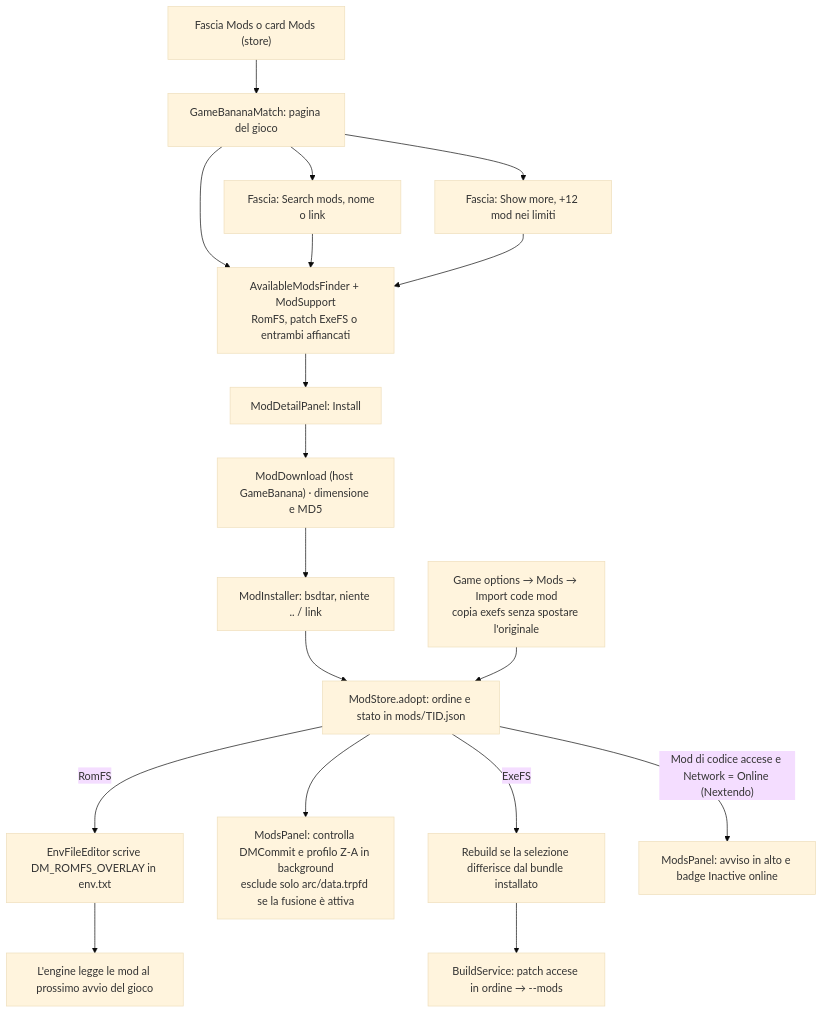
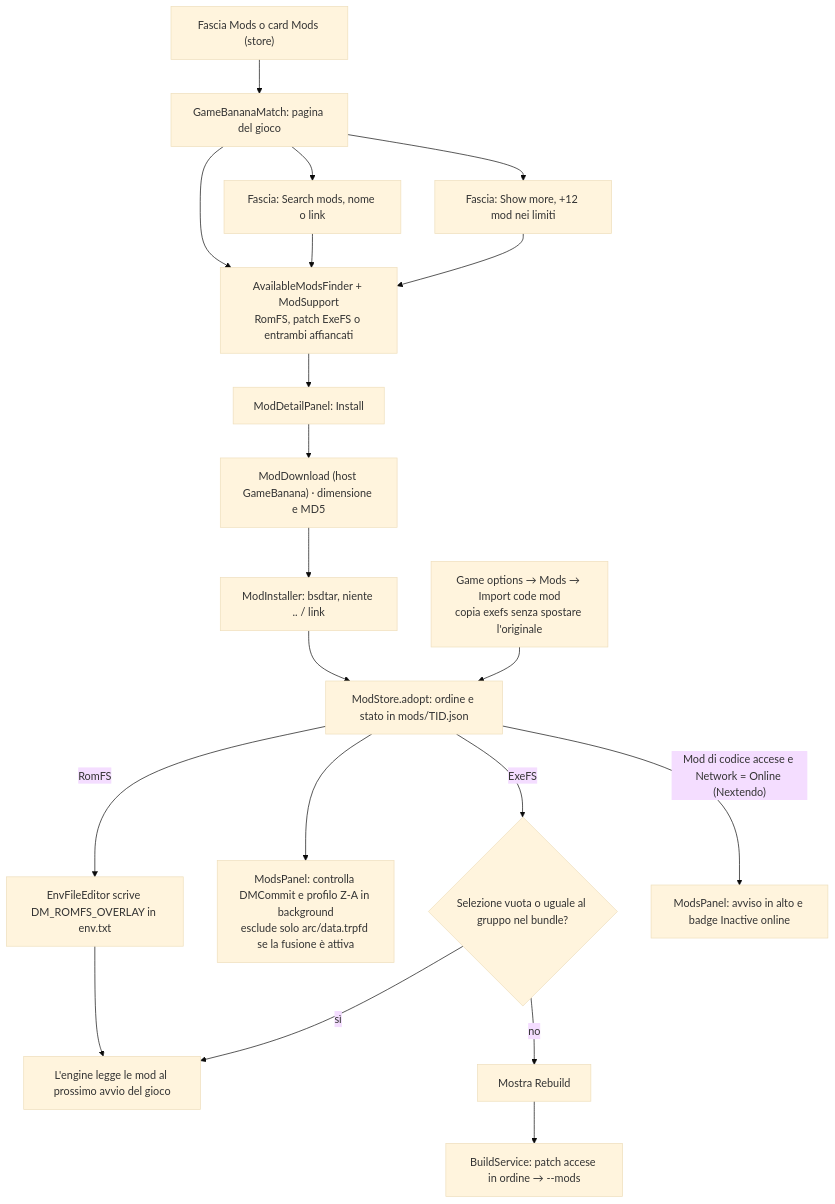
Before and after one commit to sofianbll/NxLibrary: the seventh of 9 diagrams in docs/how-it-works/flows.md, drawn with Mermaid (base theme). The commit also changed other lines of this file and 14 other files, not shown here.

````diff
--- a/docs/how-it-works/flows.md
+++ b/docs/how-it-works/flows.md
@@ -156,20 +156,22 @@
 ```mermaid
 flowchart TD
     A["Fascia Mods o card Mods (store)"] --> B["GameBananaMatch: pagina del gioco"]
     B --> C["AvailableModsFinder + ModSupport<br/>RomFS, patch ExeFS o entrambi affiancati"]
     B --> S["Fascia: Search mods, nome o link"]
     S --> C
     B --> M["Fascia: Show more, +12 mod nei limiti"]
     M --> C
     C --> D["ModDetailPanel: Install"]
     D --> E["ModDownload (host GameBanana) · dimensione e MD5"]
     E --> F["ModInstaller: bsdtar, niente .. / link"]
     F --> G["ModStore.adopt: ordine e stato in mods/TID.json"]
     L["Game options → Mods → Import code mod<br/>copia exefs senza spostare l'originale"] --> G
     G -->|"RomFS"| H["EnvFileEditor scrive DM_ROMFS_OVERLAY in env.txt"]
     G --> C2["ModsPanel: controlla DMCommit e profilo Z-A in background<br/>esclude solo arc/data.trpfd se la fusione è attiva"]
     H --> I["L'engine legge le mod al prossimo avvio del gioco"]
-    G -->|"ExeFS"| R["Rebuild se la selezione differisce dal bundle installato"]
+    G -->|"ExeFS"| C3{"Selezione vuota o uguale al gruppo nel bundle?"}
+    C3 -->|"sì"| I
+    C3 -->|"no"| R["Mostra Rebuild"]
     G -->|"Mod di codice accese e Network = Online (Nextendo)"| NX["ModsPanel: avviso in alto e badge Inactive online"]
     R --> P["BuildService: patch accese in ordine → --mods"]
 ```
````
